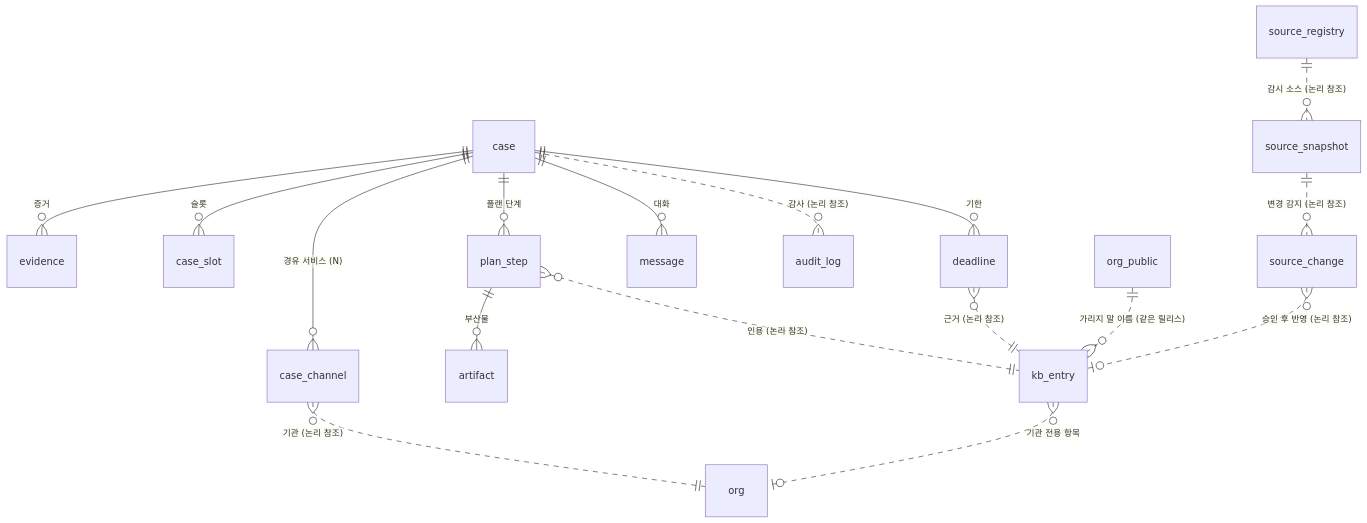
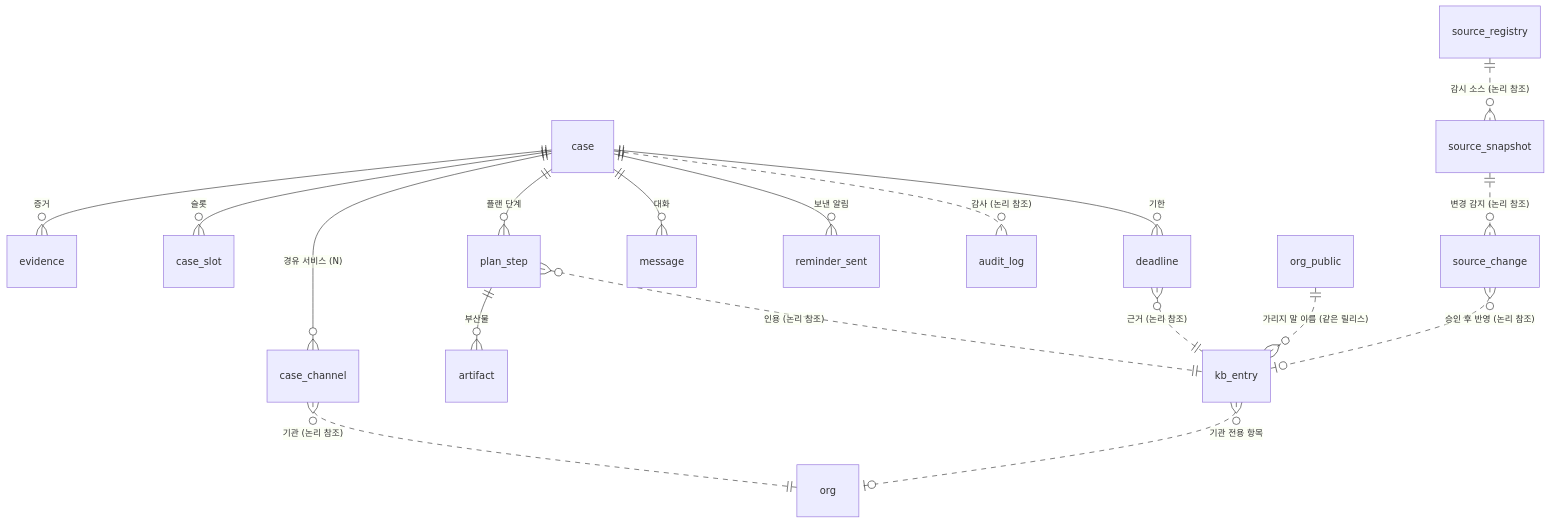
Before and after one commit to Dojaegyum/fsec-ai-challenge: the first of 2 diagrams in spec/backend/08-16-data-model.md, drawn with Mermaid. The commit also changed other lines of this file and 28 other files, not shown here.

````diff
--- a/spec/backend/08-16-data-model.md
+++ b/spec/backend/08-16-data-model.md
@@ -56,19 +58,20 @@
 ```mermaid
 erDiagram
     case ||--o{ evidence : "증거"
     case ||--o{ case_channel : "경유 서비스 (N)"
     case ||--o{ case_slot : "슬롯"
     case ||--o{ plan_step : "플랜 단계"
     case ||--o{ deadline : "기한"
     case ||--o{ message : "대화"
+    case ||--o{ reminder_sent : "보낸 알림"
     case ||..o{ audit_log : "감사 (논리 참조)"
     plan_step ||--o{ artifact : "부산물"
     plan_step }o..|| kb_entry : "인용 (논리 참조)"
     deadline }o..|| kb_entry : "근거 (논리 참조)"
     case_channel }o..|| org : "기관 (논리 참조)"
     kb_entry }o..o| org : "기관 전용 항목"
     org_public ||..o{ kb_entry : "가리지 말 이름 (같은 릴리스)"
     source_registry ||..o{ source_snapshot : "감시 소스 (논리 참조)"
     source_snapshot ||..o{ source_change : "변경 감지 (논리 참조)"
     source_change }o..o| kb_entry : "승인 후 반영 (논리 참조)"
 ```
````
